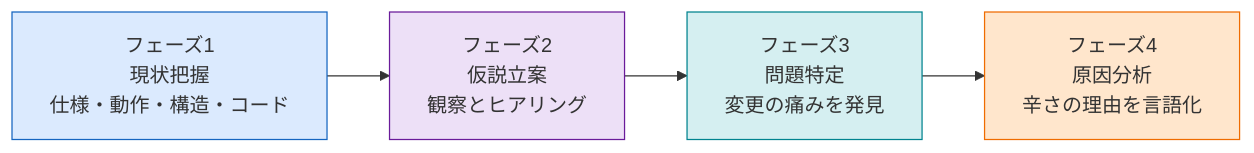
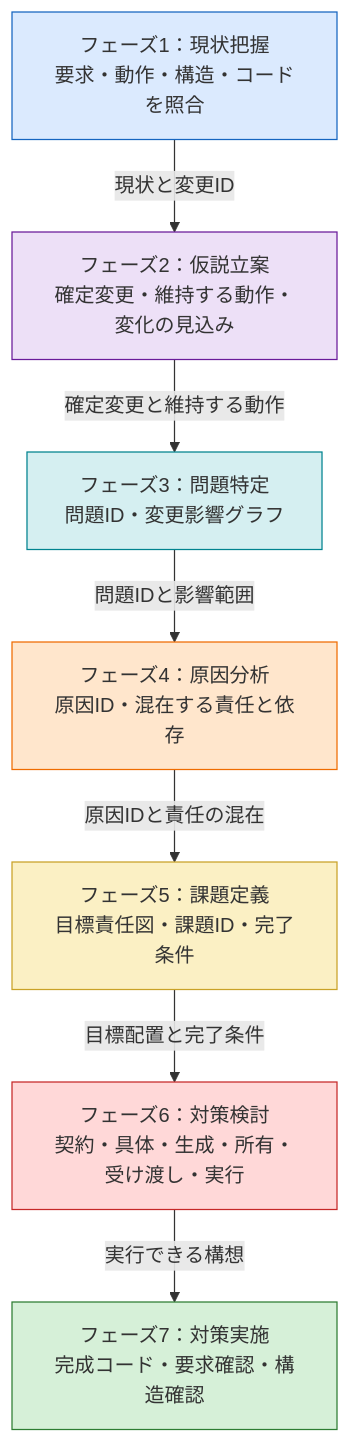
The fourth of 12 diagrams in kindle/design-patterns/books/volume01-core-patterns/output/02-chapter00.md (kumachan1101-pixel/DesignPattern), drawn with Mermaid before and after one commit. The commit also changed other lines of this file and 6 other files, not shown here.

````diff
--- a/kindle/design-patterns/books/volume01-core-patterns/output/02-chapter00.md
+++ b/kindle/design-patterns/books/volume01-core-patterns/output/02-chapter00.md
@@ -163,13 +183,25 @@
 ```mermaid
-flowchart LR
-    PH1["フェーズ1<br>現状把握<br>仕様・動作・構造・コード"]
-    PH2["フェーズ2<br>仮説立案<br>観察とヒアリング"]
-    PH3["フェーズ3<br>問題特定<br>変更の痛みを発見"]
-    PH4["フェーズ4<br>原因分析<br>辛さの理由を言語化"]
-    PH1 --> PH2 --> PH3 --> PH4
+flowchart TB
+    PH1["フェーズ1：現状把握<br>要求・動作・構造・コードを照合"]
+    PH2["フェーズ2：仮説立案<br>確定変更・維持する動作・変化の見込み"]
+    PH3["フェーズ3：問題特定<br>問題ID・変更影響グラフ"]
+    PH4["フェーズ4：原因分析<br>原因ID・混在する責任と依存"]
+    PH5["フェーズ5：課題定義<br>目標責任図・課題ID・完了条件"]
+    PH6["フェーズ6：対策検討<br>契約・具体・生成・所有・受け渡し・実行"]
+    PH7["フェーズ7：対策実施<br>完成コード・要求確認・構造確認"]
+
+    PH1 -->|現状と変更ID| PH2
+    PH2 -->|確定変更と維持する動作| PH3
+    PH3 -->|問題IDと影響範囲| PH4
+    PH4 -->|原因IDと責任の混在| PH5
+    PH5 -->|目標配置と完了条件| PH6
+    PH6 -->|実行できる構想| PH7
 
     style PH1 fill:#dbeafe,stroke:#1565c0
     style PH2 fill:#ede0f7,stroke:#6a1b9a
     style PH3 fill:#d5eff1,stroke:#00838f
     style PH4 fill:#ffe6cc,stroke:#ef6c00
+    style PH5 fill:#fbf0c4,stroke:#c9a227
+    style PH6 fill:#ffd8d8,stroke:#c62828
+    style PH7 fill:#d6f0d8,stroke:#2e7d32
 ```
````
